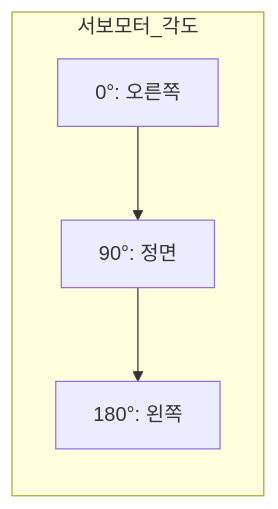
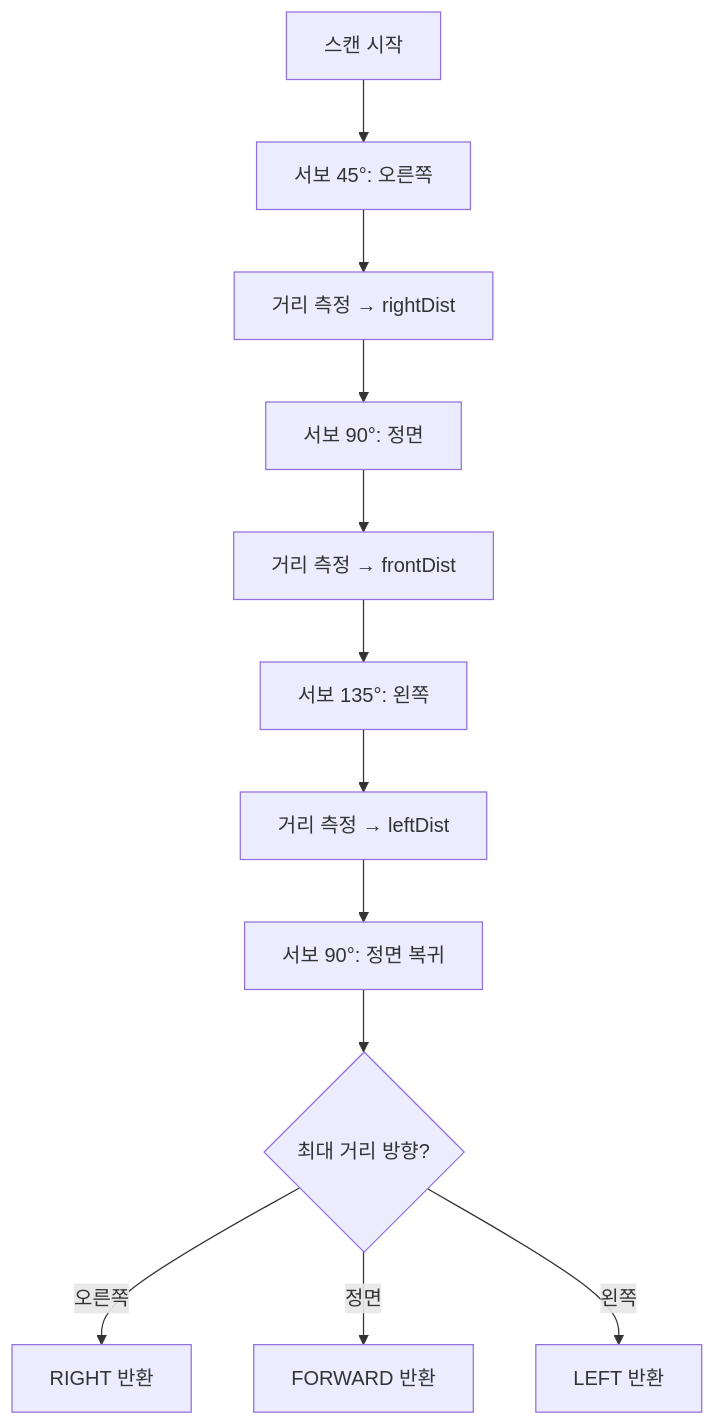
One commit to Collegenie-X/Arduino_AutoPlot changed diagram 11 of 17 in document/curriculum_autoplot_2day.md. Above: the diagram before and after it, drawn with Mermaid. The commit also changed other lines of this file and 3 other files, not shown here.

````diff
--- a/document/curriculum_autoplot_2day.md
+++ b/document/curriculum_autoplot_2day.md
@@ -282,10 +574,14 @@
 ```mermaid
-flowchart LR
-    subgraph 서보모터_각도
-        A[0°: 오른쪽] 
-        B[90°: 정면]
-        C[180°: 왼쪽]
-    end
-    
-    A --> B --> C
+flowchart TD
+    A[스캔 시작] --> B[서보 45°: 오른쪽]
+    B --> C[거리 측정 → rightDist]
+    C --> D[서보 90°: 정면]
+    D --> E[거리 측정 → frontDist]
+    E --> F[서보 135°: 왼쪽]
+    F --> G[거리 측정 → leftDist]
+    G --> H[서보 90°: 정면 복귀]
+    H --> I{최대 거리 방향?}
+    I -->|오른쪽| J[RIGHT 반환]
+    I -->|정면| K[FORWARD 반환]
+    I -->|왼쪽| L[LEFT 반환]
 ```
````
